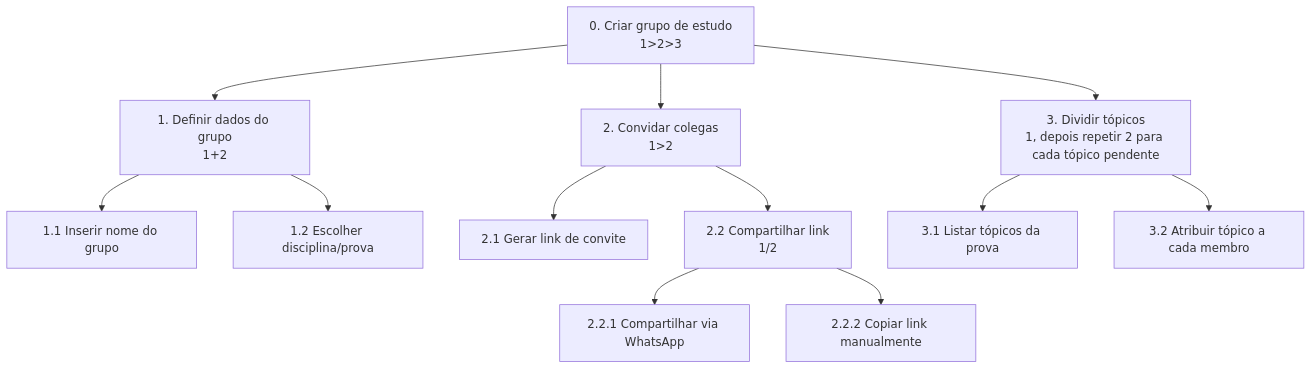
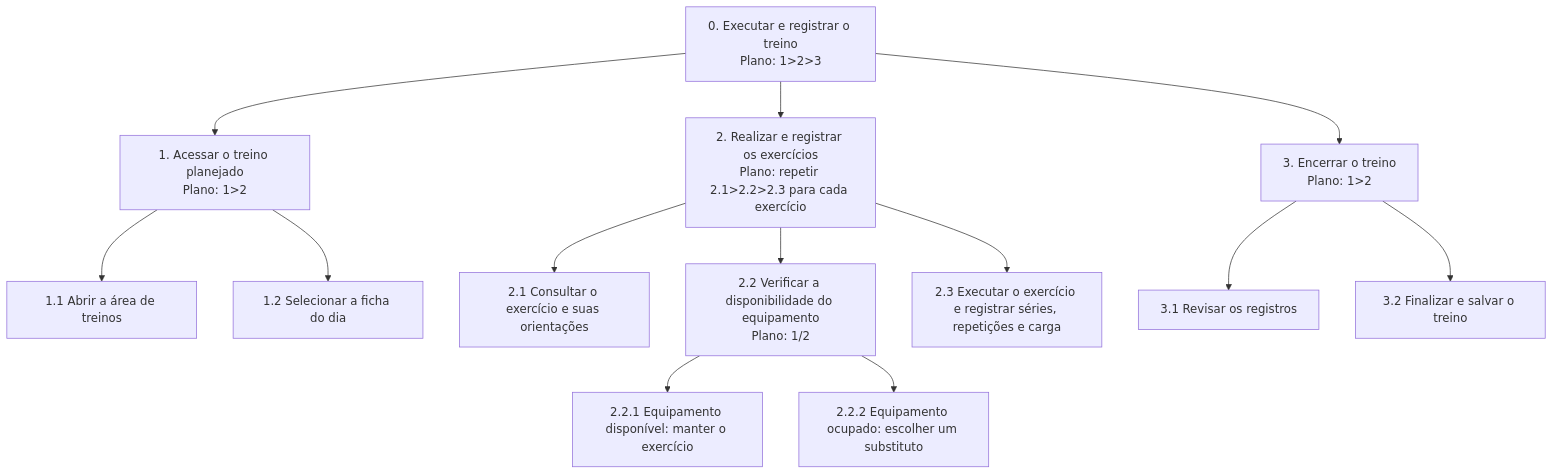
The diagram in docs/6_analise_tarefas.md (viniciusssjbk/Projeto-Experi-ncia-do-Usu-rio), drawn with Mermaid before and after one commit. The commit also changed other lines of this file, not shown here.

````diff
--- a/docs/6_analise_tarefas.md
+++ b/docs/6_analise_tarefas.md
@@ -32,14 +14,18 @@
 ```mermaid
 graph TD
-    A["0. Criar grupo de estudo<br/>1>2>3"] --> B["1. Definir dados do grupo<br/>1+2"]
-    A --> C["2. Convidar colegas<br/>1>2"]
-    A --> D["3. Dividir tópicos<br/>1, depois repetir 2 para cada tópico pendente"]
-    B --> B1["1.1 Inserir nome do grupo"]
-    B --> B2["1.2 Escolher disciplina/prova"]
-    C --> C1["2.1 Gerar link de convite"]
-    C --> C2["2.2 Compartilhar link<br/>1/2"]
-    C2 --> C2a["2.2.1 Compartilhar via WhatsApp"]
-    C2 --> C2b["2.2.2 Copiar link manualmente"]
-    D --> D1["3.1 Listar tópicos da prova"]
-    D --> D2["3.2 Atribuir tópico a cada membro"]
+    A["0. Executar e registrar o treino<br/>Plano: 1>2>3"]
+    A --> B["1. Acessar o treino planejado<br/>Plano: 1>2"]
+    B --> B1["1.1 Abrir a área de treinos"]
+    B --> B2["1.2 Selecionar a ficha do dia"]
+
+    A --> C["2. Realizar e registrar os exercícios<br/>Plano: repetir 2.1>2.2>2.3 para cada exercício"]
+    C --> C1["2.1 Consultar o exercício e suas orientações"]
+    C --> C2["2.2 Verificar a disponibilidade do equipamento<br/>Plano: 1/2"]
+    C2 --> C2a["2.2.1 Equipamento disponível: manter o exercício"]
+    C2 --> C2b["2.2.2 Equipamento ocupado: escolher um substituto"]
+    C --> C3["2.3 Executar o exercício e registrar séries, repetições e carga"]
+
+    A --> D["3. Encerrar o treino<br/>Plano: 1>2"]
+    D --> D1["3.1 Revisar os registros"]
+    D --> D2["3.2 Finalizar e salvar o treino"]
 ```
````
